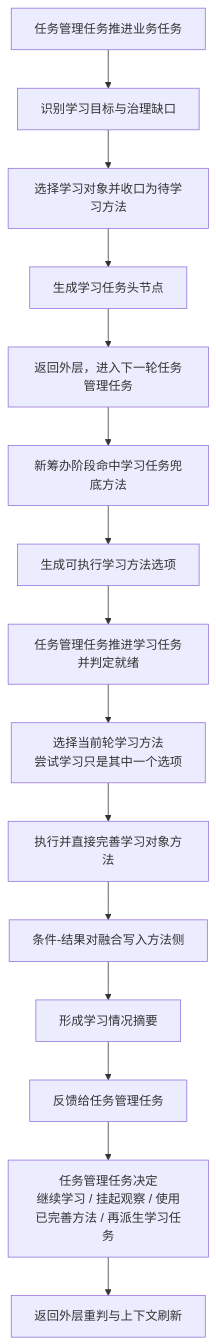
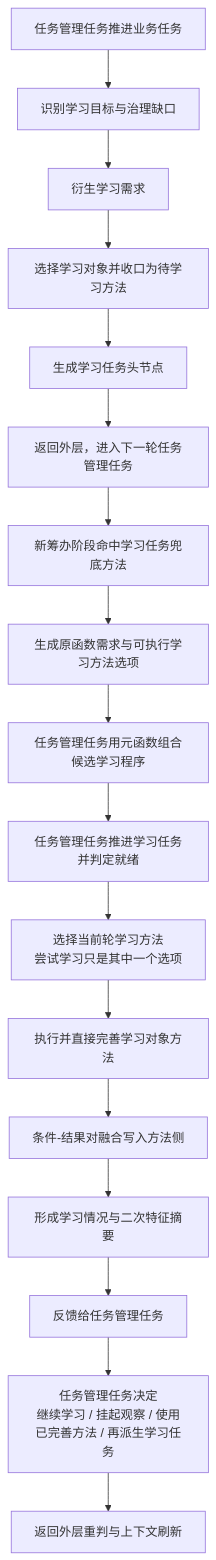
One commit to chunhaizh-cyber/Birthplace-of-digital-civilization changed the diagram in 规范/1215_学习任务目标-对象-产出-回流规范.md. Above: the diagram before and after it, drawn with Mermaid. The commit also changed other lines of this file and 166 other files, not shown here.

````diff
--- a/规范/1215_学习任务目标-对象-产出-回流规范.md
+++ b/规范/1215_学习任务目标-对象-产出-回流规范.md
@@ -485,17 +544,19 @@
 ```mermaid
 flowchart TD
     A["任务管理任务推进业务任务"] --> B["识别学习目标与治理缺口"]
-    B --> C["选择学习对象并收口为待学习方法"]
-    C --> D["生成学习任务头节点"]
-    D --> E["返回外层，进入下一轮任务管理任务"]
-    E --> F["新筹办阶段命中学习任务兜底方法"]
-    F --> G["生成可执行学习方法选项"]
-    G --> H["任务管理任务推进学习任务并判定就绪"]
-    H --> I["选择当前轮学习方法<br/>尝试学习只是其中一个选项"]
-    I --> J["执行并直接完善学习对象方法"]
-    J --> K["条件-结果对融合写入方法侧"]
-    K --> L["形成学习情况摘要"]
-    L --> M["反馈给任务管理任务"]
-    M --> N["任务管理任务决定<br/>继续学习 / 挂起观察 / 使用已完善方法 / 再派生学习任务"]
-    N --> O["返回外层重判与上下文刷新"]
+    B --> C["衍生学习需求"]
+    C --> D["选择学习对象并收口为待学习方法"]
+    D --> E["生成学习任务头节点"]
+    E --> F["返回外层，进入下一轮任务管理任务"]
+    F --> G["新筹办阶段命中学习任务兜底方法"]
+    G --> H["生成原函数需求与可执行学习方法选项"]
+    H --> I["任务管理任务用元函数组合候选学习程序"]
+    I --> J["任务管理任务推进学习任务并判定就绪"]
+    J --> K["选择当前轮学习方法<br/>尝试学习只是其中一个选项"]
+    K --> L["执行并直接完善学习对象方法"]
+    L --> M["条件-结果对融合写入方法侧"]
+    M --> N["形成学习情况与二次特征摘要"]
+    N --> O["反馈给任务管理任务"]
+    O --> P["任务管理任务决定<br/>继续学习 / 挂起观察 / 使用已完善方法 / 再派生学习任务"]
+    P --> Q["返回外层重判与上下文刷新"]
 ```
````
